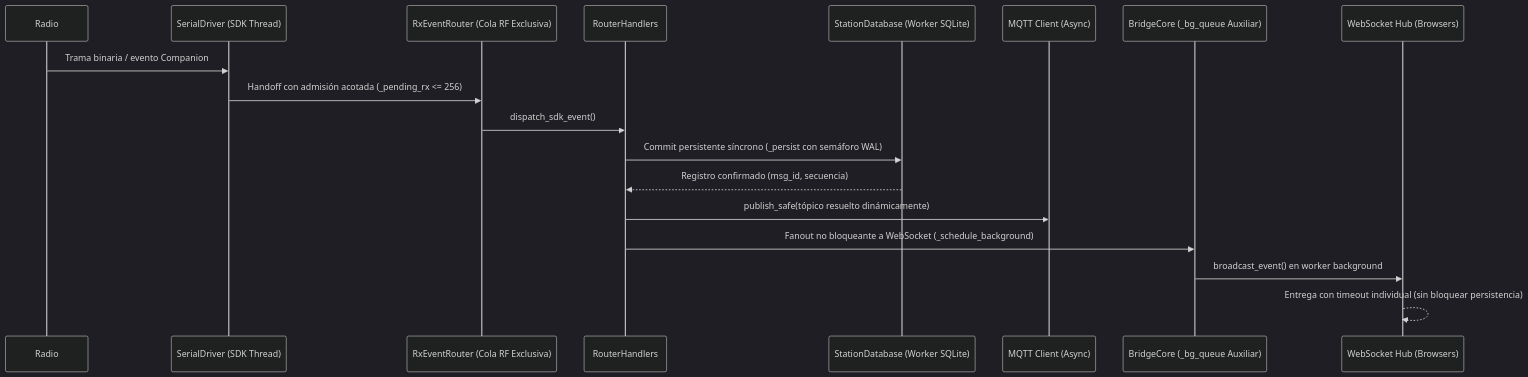
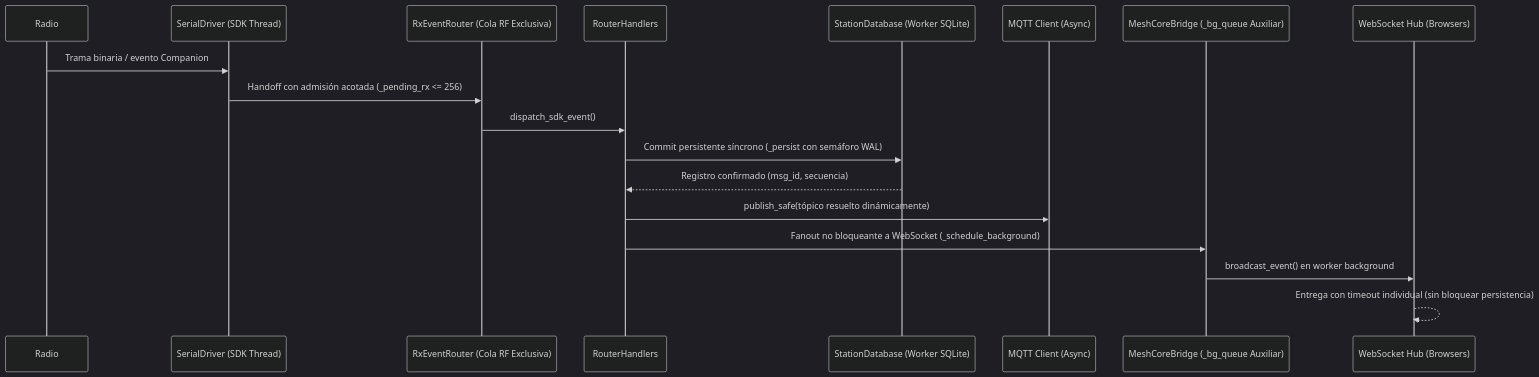
One commit to cyber89/meshcore-bridge-client changed the fifth of 7 diagrams in docs/ARCHITECTURE.md. Above: the diagram before and after it, drawn with Mermaid (dark theme). The commit also changed other lines of this file and 39 other files, not shown here.

````diff
--- a/docs/ARCHITECTURE.md
+++ b/docs/ARCHITECTURE.md
@@ -509,21 +510,21 @@
 ```mermaid
 sequenceDiagram
     participant Radio
     participant SerialDriver as SerialDriver (SDK Thread)
     participant RxRouter as RxEventRouter (Cola RF Exclusiva)
     participant RouterHandlers
     participant Database as StationDatabase (Worker SQLite)
     participant MQTT as MQTT Client (Async)
-    participant AuxQueue as BridgeCore (_bg_queue Auxiliar)
+    participant AuxQueue as MeshCoreBridge (_bg_queue Auxiliar)
     participant WebSocket as WebSocket Hub (Browsers)
 
     Radio->>SerialDriver: Trama binaria / evento Companion
     SerialDriver->>RxRouter: Handoff con admisión acotada (_pending_rx <= 256)
     RxRouter->>RouterHandlers: dispatch_sdk_event()
     RouterHandlers->>Database: Commit persistente síncrono (_persist con semáforo WAL)
     Database-->>RouterHandlers: Registro confirmado (msg_id, secuencia)
     RouterHandlers->>MQTT: publish_safe(tópico resuelto dinámicamente)
     RouterHandlers->>AuxQueue: Fanout no bloqueante a WebSocket (_schedule_background)
     AuxQueue->>WebSocket: broadcast_event() en worker background
     WebSocket-->>WebSocket: Entrega con timeout individual (sin bloquear persistencia)
 ```
````
